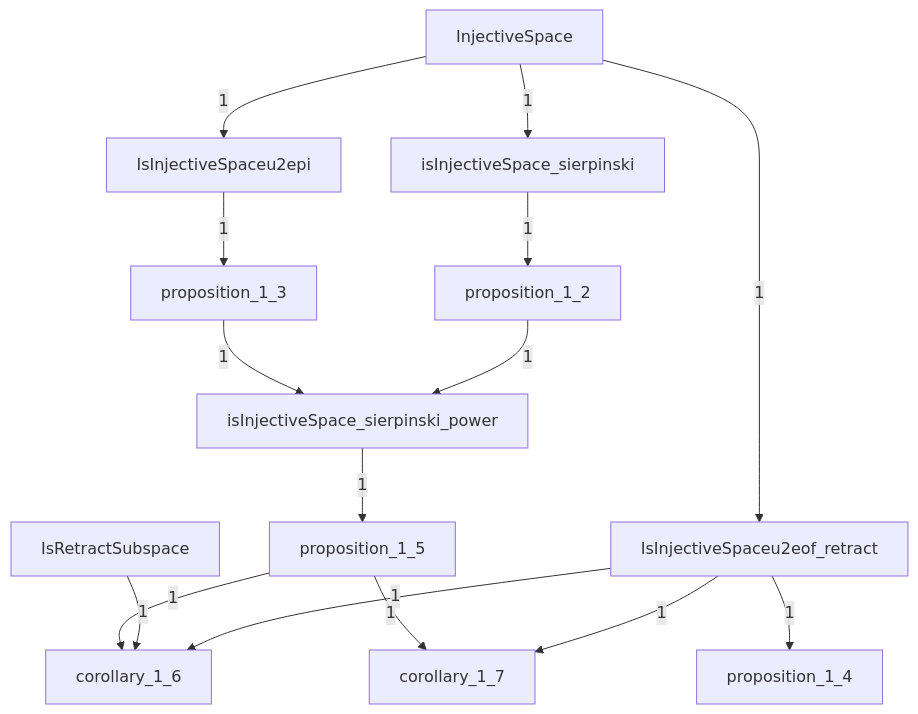
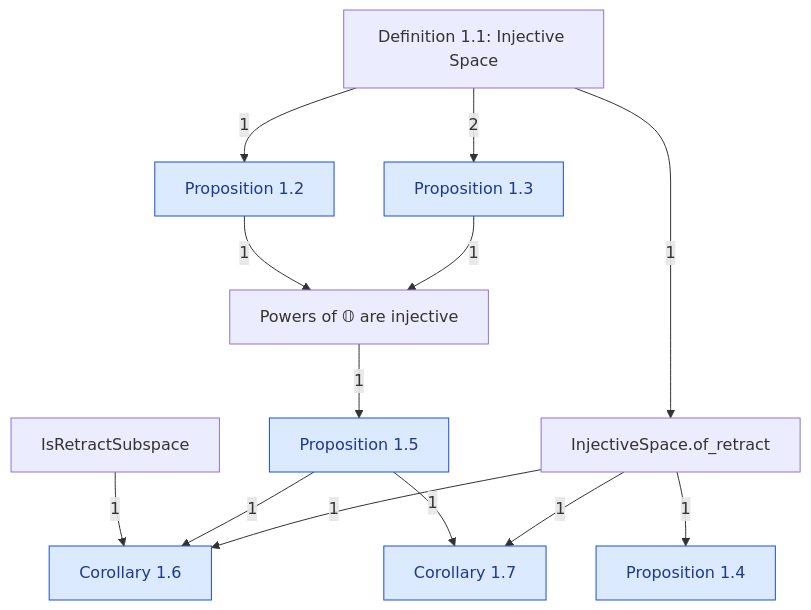
Before and after one commit to catskillsresearch/DomainTheory: the diagram in DomainTheory/ContinuousLattice/Injective/Injective.mermaid, drawn with Mermaid. The commit also changed 13 other files, not shown here.

First line of the commit message:
Add library section notes for injective spaces barrel.

```diff
--- a/DomainTheory/ContinuousLattice/Injective/Injective.mermaid
+++ b/DomainTheory/ContinuousLattice/Injective/Injective.mermaid
@@ -1,32 +1,36 @@
-%% Lean files imported under this note.
+%% Notes of section 1, injective spaces, in paper order.
+%% Each box is one outline note from 1972_Injective_spaces.md.
 %% Arrowhead on the importer. The number is a direct-import count.
 %% An arrow already implied by a longer path is omitted.
+%% Absolute retracts has no Lean files.
 flowchart TB
 
-  Injective_corollary_1_6["corollary_1_6"]
-  Injective_corollary_1_7["corollary_1_7"]
-  Injective_InjectiveSpace["InjectiveSpace"]
-  Injective_isInjectiveSpace_sierpinski["isInjectiveSpace_sierpinski"]
-  Injective_isInjectiveSpace_sierpinski_power["isInjectiveSpace_sierpinski_power"]
-  Injective_IsInjectiveSpaceu2eof_retract["IsInjectiveSpaceu2eof_retract"]
-  Injective_IsInjectiveSpaceu2epi["IsInjectiveSpaceu2epi"]
-  Injective_IsRetractSubspace["IsRetractSubspace"]
-  Injective_proposition_1_2["proposition_1_2"]
-  Injective_proposition_1_3["proposition_1_3"]
-  Injective_proposition_1_4["proposition_1_4"]
-  Injective_proposition_1_5["proposition_1_5"]
+  C16["Corollary 1.6"]
+  C17["Corollary 1.7"]
+  D11["Definition 1.1: Injective Space"]
+  RTR["InjectiveSpace.of_retract"]
+  IRS["IsRetractSubspace"]
+  PO["Powers of 𝕆 are injective"]
+  P12["Proposition 1.2"]
+  P13["Proposition 1.3"]
+  P14["Proposition 1.4"]
+  P15["Proposition 1.5"]
 
-  Injective_IsInjectiveSpaceu2eof_retract -->|"1"| Injective_corollary_1_6
-  Injective_IsRetractSubspace -->|"1"| Injective_corollary_1_6
-  Injective_proposition_1_5 -->|"1"| Injective_corollary_1_6
-  Injective_IsInjectiveSpaceu2eof_retract -->|"1"| Injective_corollary_1_7
-  Injective_proposition_1_5 -->|"1"| Injective_corollary_1_7
-  Injective_InjectiveSpace -->|"1"| Injective_isInjectiveSpace_sierpinski
-  Injective_proposition_1_2 -->|"1"| Injective_isInjectiveSpace_sierpinski_power
-  Injective_proposition_1_3 -->|"1"| Injective_isInjectiveSpace_sierpinski_power
-  Injective_InjectiveSpace -->|"1"| Injective_IsInjectiveSpaceu2eof_retract
-  Injective_InjectiveSpace -->|"1"| Injective_IsInjectiveSpaceu2epi
-  Injective_isInjectiveSpace_sierpinski -->|"1"| Injective_proposition_1_2
-  Injective_IsInjectiveSpaceu2epi -->|"1"| Injective_proposition_1_3
-  Injective_IsInjectiveSpaceu2eof_retract -->|"1"| Injective_proposition_1_4
-  Injective_isInjectiveSpace_sierpinski_power -->|"1"| Injective_proposition_1_5
+  IRS -->|"1"| C16
+  P15 -->|"1"| C16
+  RTR -->|"1"| C16
+  P15 -->|"1"| C17
+  RTR -->|"1"| C17
+  D11 -->|"1"| P12
+  D11 -->|"2"| P13
+  RTR -->|"1"| P14
+  PO -->|"1"| P15
+  P12 -->|"1"| PO
+  P13 -->|"1"| PO
+  D11 -->|"1"| RTR
+
+  classDef concept fill:#dcfce7,stroke:#15803d,color:#14532d
+  classDef numbered fill:#dbeafe,stroke:#1d4ed8,color:#1e3a8a
+  classDef definition fill:#fae8ff,stroke:#a21caf,color:#701a75
+  class P12,P13,P14,P15 numbered
+  class C16,C17 numbered
```
